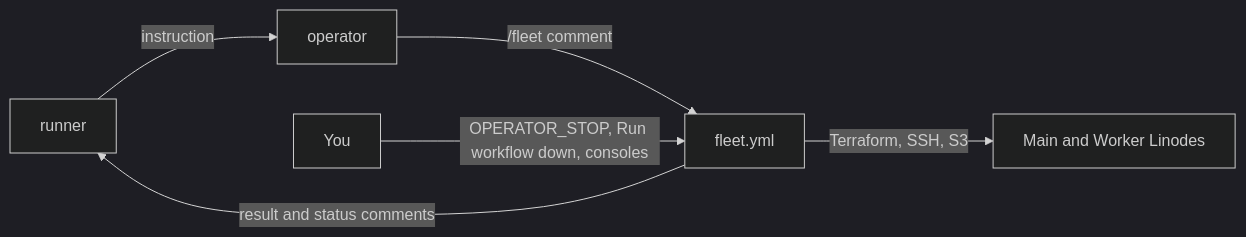
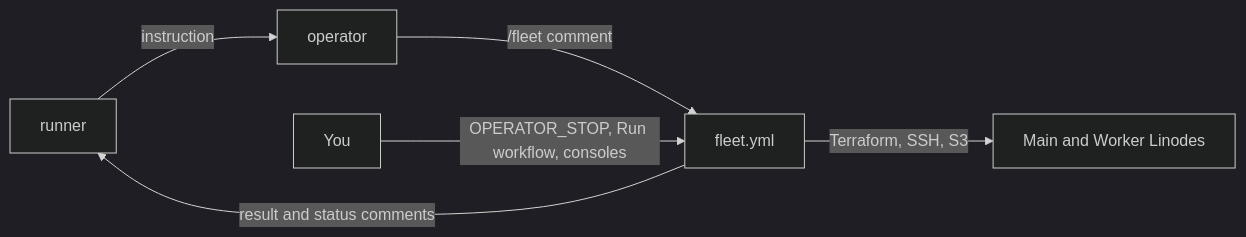
Before and after one commit to dvortsis/lodestar-v2: the first of 2 diagrams in docs/operations/cloud-fleet-runbook.md, drawn with Mermaid (dark theme). The commit also changed other lines of this file and 1 other file, not shown here.

````diff
--- a/docs/operations/cloud-fleet-runbook.md
+++ b/docs/operations/cloud-fleet-runbook.md
@@ -25,8 +30,8 @@
 ```mermaid
 flowchart LR
   R[runner] -->|instruction| O[operator]
   O -->|"/fleet comment"| F[fleet.yml]
   F -->|Terraform, SSH, S3| V[Main and Worker Linodes]
   F -->|result and status comments| R
-  You -->|OPERATOR_STOP, Run workflow down, consoles| F
+  You -->|OPERATOR_STOP, Run workflow, consoles| F
 ```
````
